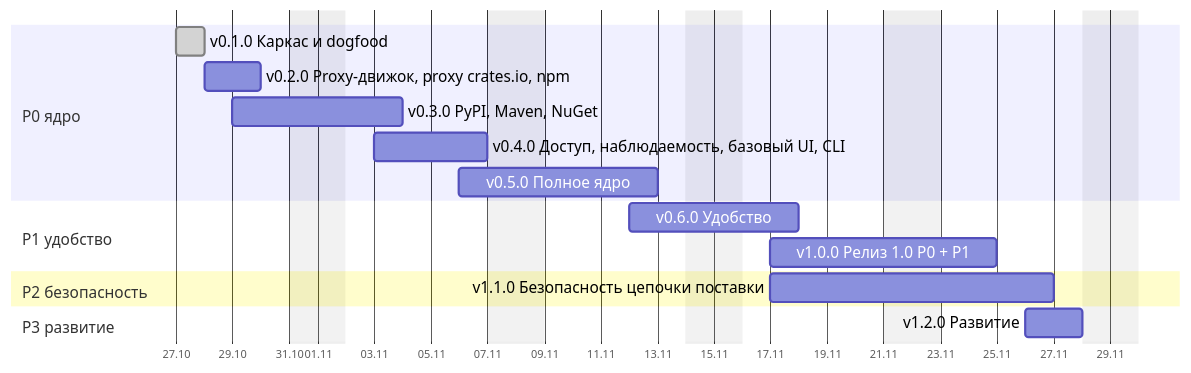
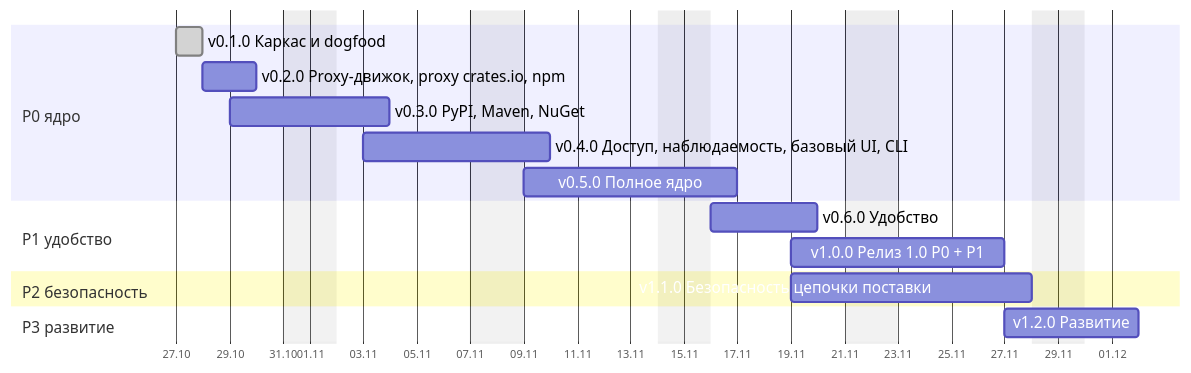
One commit to izevg/CRANE changed the diagram in ROADMAP.md. Above: the diagram before and after it, drawn with Mermaid. The commit also changed other lines of this file and 21 other files, not shown here.

````diff
--- a/ROADMAP.md
+++ b/ROADMAP.md
@@ -21,21 +21,21 @@
 ```mermaid
 %%{init: {"gantt": {"fontSize": 14, "sectionFontSize": 14, "barHeight": 26, "barGap": 6, "leftPadding": 150}}}%%
 gantt
   todayMarker off
   dateFormat YYYY-MM-DD
   axisFormat %d.%m
   excludes weekends
   section P0 ядро
   v0.1.0 Каркас и dogfood :done, 2026-10-27, 1d
   v0.2.0 Proxy-движок, proxy crates.io, npm :2026-10-28, 2d
   v0.3.0 PyPI, Maven, NuGet :2026-10-29, 4d
-  v0.4.0 Доступ, наблюдаемость, базовый UI, CLI :2026-11-03, 4d
-  v0.5.0 Полное ядро :2026-11-06, 5d
+  v0.4.0 Доступ, наблюдаемость, базовый UI, CLI :2026-11-03, 5d
+  v0.5.0 Полное ядро :2026-11-09, 6d
   section P1 удобство
-  v0.6.0 Удобство :2026-11-12, 4d
-  v1.0.0 Релиз 1.0 P0 + P1 :2026-11-17, 6d
+  v0.6.0 Удобство :2026-11-16, 4d
+  v1.0.0 Релиз 1.0 P0 + P1 :2026-11-19, 6d
   section P2 безопасность
-  v1.1.0 Безопасность цепочки поставки :2026-11-17, 8d
+  v1.1.0 Безопасность цепочки поставки :2026-11-19, 7d
   section P3 развитие
-  v1.2.0 Развитие :2026-11-26, 2d
+  v1.2.0 Развитие :2026-11-27, 3d
 ```
````
